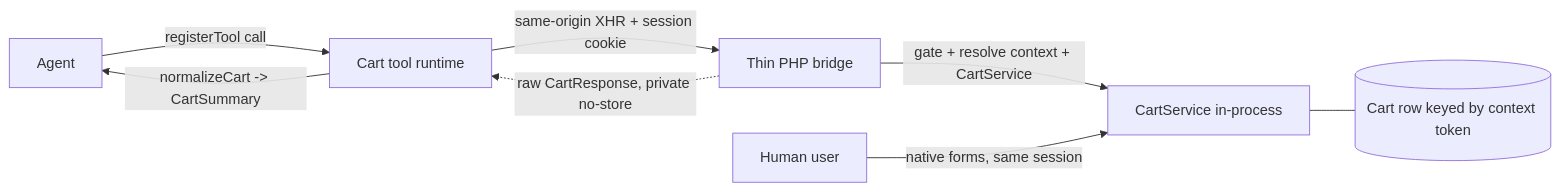
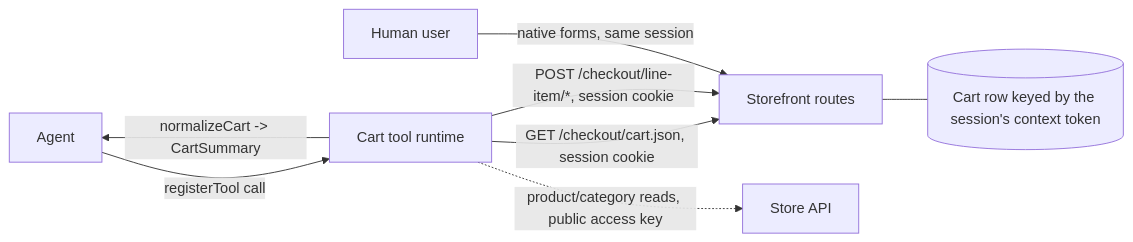
The diagram in docs/adr/0004-cart-architecture.md (agentic-commerce-lab/webmcp-plugin), drawn with Mermaid before and after one commit. The commit also changed other lines of this file and 19 other files, not shown here.

First line of the commit message:
Drive the cart over session-based storefront routes (#23)

````diff
--- a/docs/adr/0004-cart-architecture.md
+++ b/docs/adr/0004-cart-architecture.md
@@ -191,10 +131,10 @@
 ```mermaid
 flowchart LR
   A[Agent] -->|registerTool call| T[Cart tool runtime]
   T -->|normalizeCart -> CartSummary| A
-  T -->|same-origin XHR + session cookie| E[Thin PHP bridge]
-  E -->|gate + resolve context + CartService| C[CartService in-process]
-  E -.->|raw CartResponse, private no-store| T
-  U[Human user] -->|native forms, same session| C
-  C --- Cart[(Cart row keyed by context token)]
+  T -->|GET /checkout/cart.json, session cookie| S[Storefront routes]
+  T -->|POST /checkout/line-item/*, session cookie| S
+  U[Human user] -->|native forms, same session| S
+  S --- Cart[(Cart row keyed by the session's context token)]
+  T -.->|product/category reads, public access key| SA[Store API]
 ```
````
